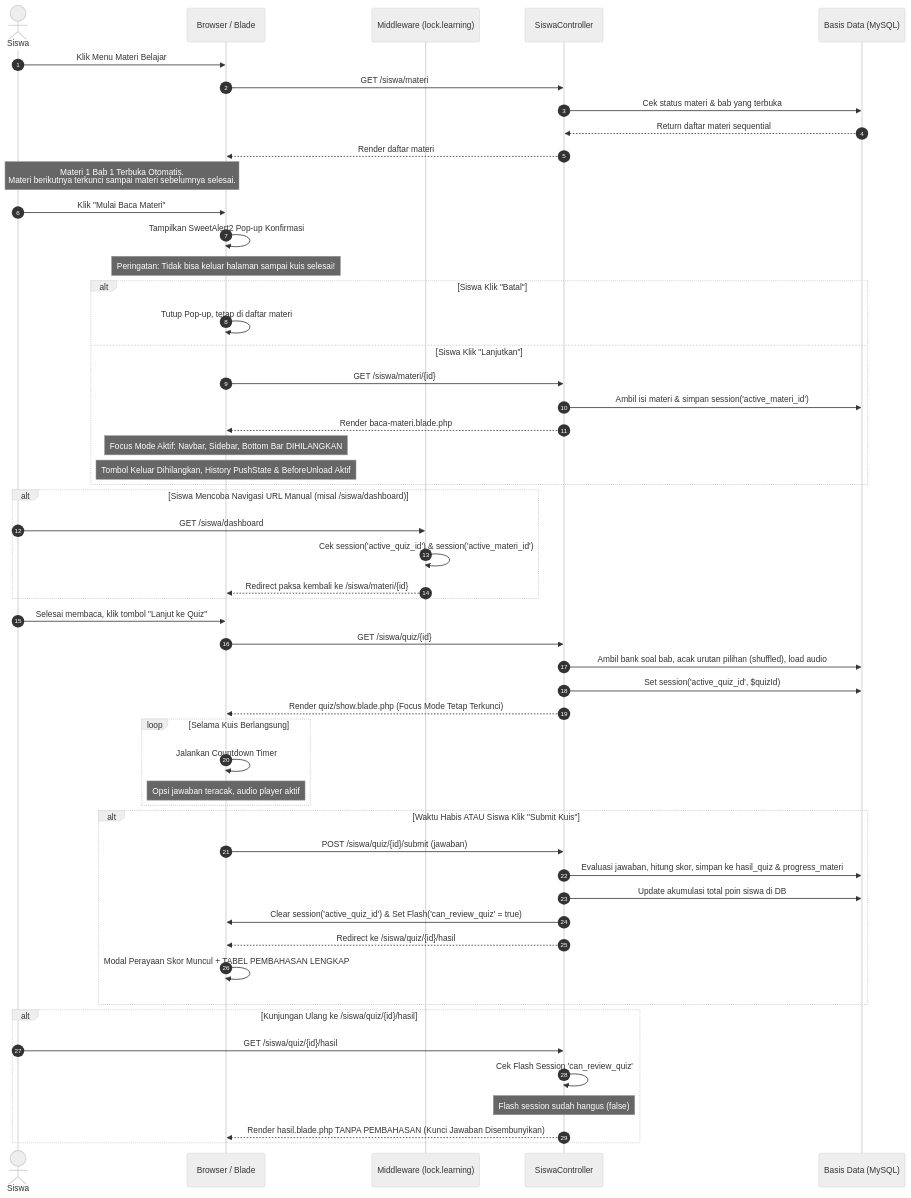
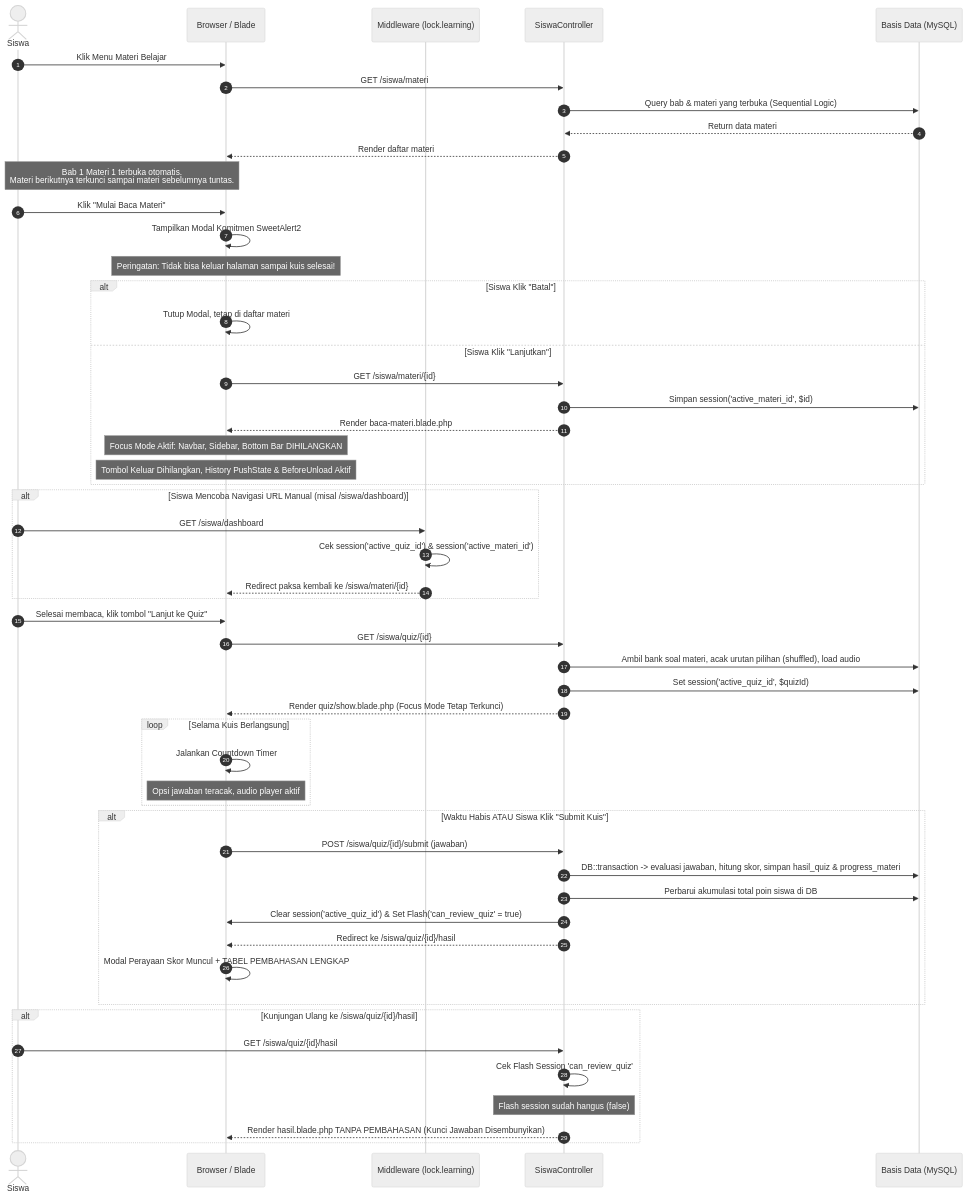
The second of 3 diagrams in docs/PRD_ENGLIFY.md (trespage/englify-lunarway), drawn with Mermaid (neutral theme) before and after one commit. The commit also changed other lines of this file, not shown here.

````diff
--- a/docs/PRD_ENGLIFY.md
+++ b/docs/PRD_ENGLIFY.md
@@ -135,64 +164,64 @@
 ```mermaid
 sequenceDiagram
     autonumber
     actor Siswa
     participant Frontend as Browser / Blade
     participant Middleware as Middleware (lock.learning)
     participant SiswaCtrl as SiswaController
     participant DB as Basis Data (MySQL)
 
     Siswa->>Frontend: Klik Menu Materi Belajar
     Frontend->>SiswaCtrl: GET /siswa/materi
-    SiswaCtrl->>DB: Cek status materi & bab yang terbuka
-    DB-->>SiswaCtrl: Return daftar materi sequential
+    SiswaCtrl->>DB: Query bab & materi yang terbuka (Sequential Logic)
+    DB-->>SiswaCtrl: Return data materi
     SiswaCtrl-->>Frontend: Render daftar materi
     
-    Note over Siswa, Frontend: Materi 1 Bab 1 Terbuka Otomatis.<br>Materi berikutnya terkunci sampai materi sebelumnya selesai.
+    Note over Siswa, Frontend: Bab 1 Materi 1 terbuka otomatis.<br>Materi berikutnya terkunci sampai materi sebelumnya tuntas.
 
     Siswa->>Frontend: Klik "Mulai Baca Materi"
-    Frontend->>Frontend: Tampilkan SweetAlert2 Pop-up Konfirmasi
+    Frontend->>Frontend: Tampilkan Modal Komitmen SweetAlert2
     Note over Frontend: Peringatan: Tidak bisa keluar halaman sampai kuis selesai!
     
     alt Siswa Klik "Batal"
-        Frontend->>Frontend: Tutup Pop-up, tetap di daftar materi
+        Frontend->>Frontend: Tutup Modal, tetap di daftar materi
     else Siswa Klik "Lanjutkan"
         Frontend->>SiswaCtrl: GET /siswa/materi/{id}
-        SiswaCtrl->>DB: Ambil isi materi & simpan session('active_materi_id')
+        SiswaCtrl->>DB: Simpan session('active_materi_id', $id)
         SiswaCtrl-->>Frontend: Render baca-materi.blade.php
         Note over Frontend: Focus Mode Aktif: Navbar, Sidebar, Bottom Bar DIHILANGKAN
         Note over Frontend: Tombol Keluar Dihilangkan, History PushState & BeforeUnload Aktif
     end
 
     alt Siswa Mencoba Navigasi URL Manual (misal /siswa/dashboard)
         Siswa->>Middleware: GET /siswa/dashboard
         Middleware->>Middleware: Cek session('active_quiz_id') & session('active_materi_id')
         Middleware-->>Frontend: Redirect paksa kembali ke /siswa/materi/{id}
     end
 
     Siswa->>Frontend: Selesai membaca, klik tombol "Lanjut ke Quiz"
     Frontend->>SiswaCtrl: GET /siswa/quiz/{id}
-    SiswaCtrl->>DB: Ambil bank soal bab, acak urutan pilihan (shuffled), load audio
+    SiswaCtrl->>DB: Ambil bank soal materi, acak urutan pilihan (shuffled), load audio
     SiswaCtrl->>DB: Set session('active_quiz_id', $quizId)
     SiswaCtrl-->>Frontend: Render quiz/show.blade.php (Focus Mode Tetap Terkunci)
 
     loop Selama Kuis Berlangsung
         Frontend->>Frontend: Jalankan Countdown Timer
         Note over Frontend: Opsi jawaban teracak, audio player aktif
     end
 
     alt Waktu Habis ATAU Siswa Klik "Submit Kuis"
         Frontend->>SiswaCtrl: POST /siswa/quiz/{id}/submit (jawaban)
-        SiswaCtrl->>DB: Evaluasi jawaban, hitung skor, simpan ke hasil_quiz & progress_materi
-        SiswaCtrl->>DB: Update akumulasi total poin siswa di DB
+        SiswaCtrl->>DB: DB::transaction -> evaluasi jawaban, hitung skor, simpan hasil_quiz & progress_materi
+        SiswaCtrl->>DB: Perbarui akumulasi total poin siswa di DB
         SiswaCtrl->>Frontend: Clear session('active_quiz_id') & Set Flash('can_review_quiz' = true)
         SiswaCtrl-->>Frontend: Redirect ke /siswa/quiz/{id}/hasil
         Frontend->>Frontend: Modal Perayaan Skor Muncul + TABEL PEMBAHASAN LENGKAP
     end
 
     alt Kunjungan Ulang ke /siswa/quiz/{id}/hasil
         Siswa->>SiswaCtrl: GET /siswa/quiz/{id}/hasil
         SiswaCtrl->>SiswaCtrl: Cek Flash Session 'can_review_quiz'
         Note over SiswaCtrl: Flash session sudah hangus (false)
         SiswaCtrl-->>Frontend: Render hasil.blade.php TANPA PEMBAHASAN (Kunci Jawaban Disembunyikan)
     end
 ```
````
